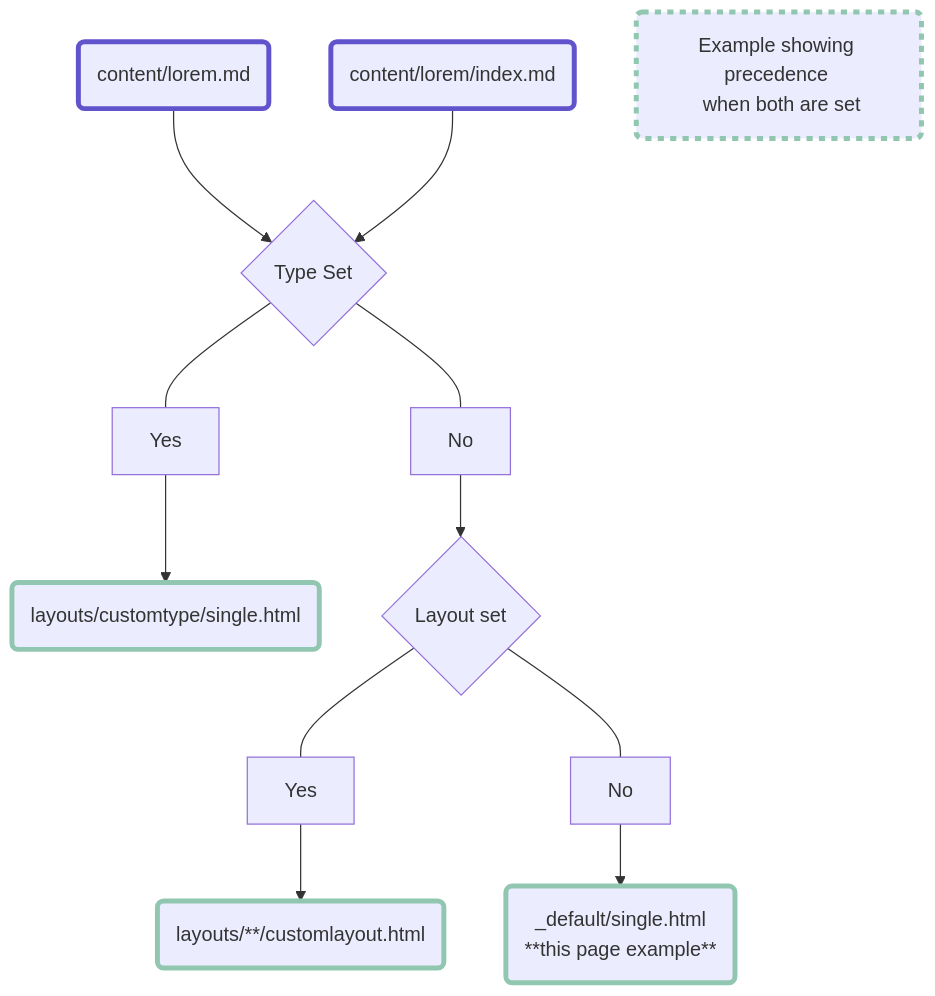
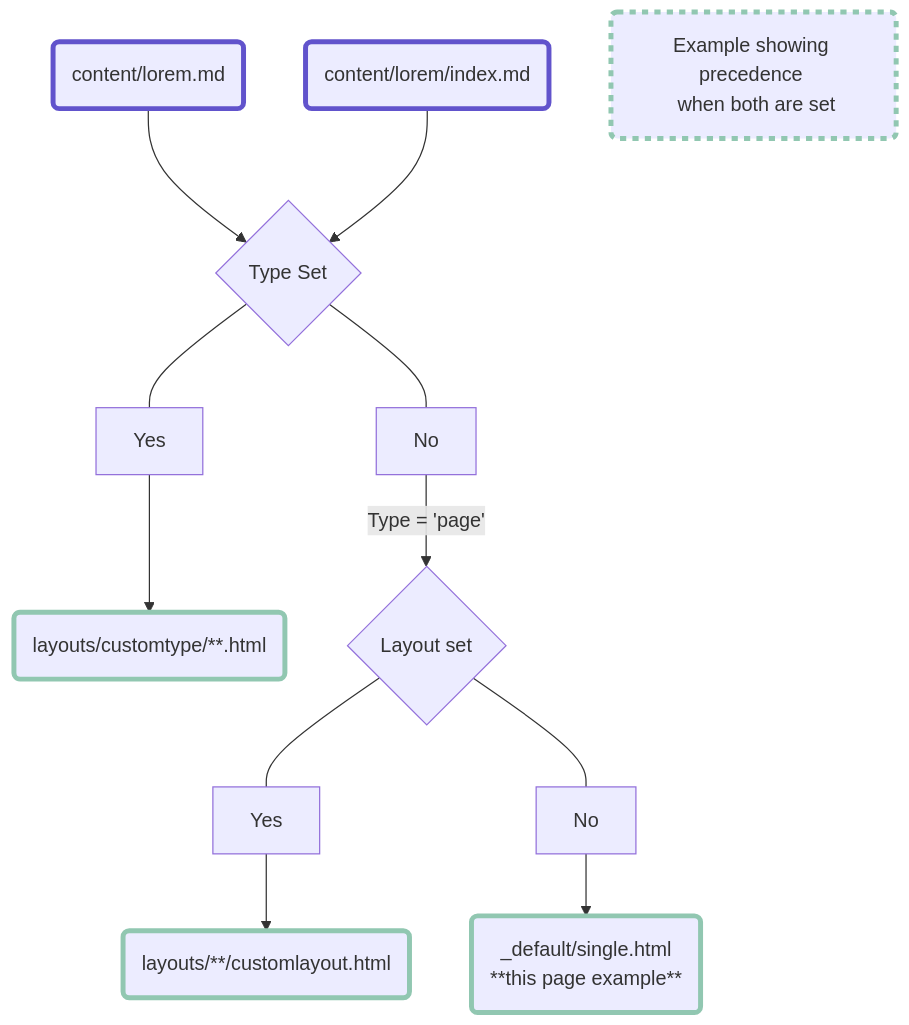
The diagram in content/square.md (pointyfar/hugo-content-naming-layouts), drawn with Mermaid before and after one commit. The commit also changed other lines of this file and 10 other files, not shown here.

```diff
--- a/content/square.md
+++ b/content/square.md
@@ -10,34 +10,34 @@
 {{<mermaid>}}
 graph TD
     A1("content/lorem.md") --> B
     A2("content/lorem/index.md") --> B
     
     B{Type Set}
     B --- By[Yes]
-          By --> ctype("layouts/customtype/single.html")
+          By --> ctype("layouts/customtype/**.html")
     
 
     Both("Example showing precedence <br/> when both are set")
 
     B --- Bn[No]
-          Bn --> C{"Layout set"}
+          Bn -- "Type = 'page'" --> C{"Layout set"}
 
     C --- Cy[Yes]
           Cy --> dcl("layouts/**/customlayout.html")
 
     C --- Cn[No]
           Cn --> Default("_default/single.html <br/> **this page example**")
     
 
     classDef thick stroke-width:4px, stroke:#91C7B1;
     class Default,pcl,dcl,ctype,Both thick;
 
     style Both stroke-dasharray:5, 5 stroke:#91C7B1;
     style A1 stroke-width:4px, stroke:#6153CC;
     style A2 stroke-width:4px, stroke:#6153CC;
 
     click ctype "/rectangle/" "Example"
     click Both "/oval/" "Example"
     click dcl "/rhombus/" "Example"
 
 {{</mermaid>}}
```
